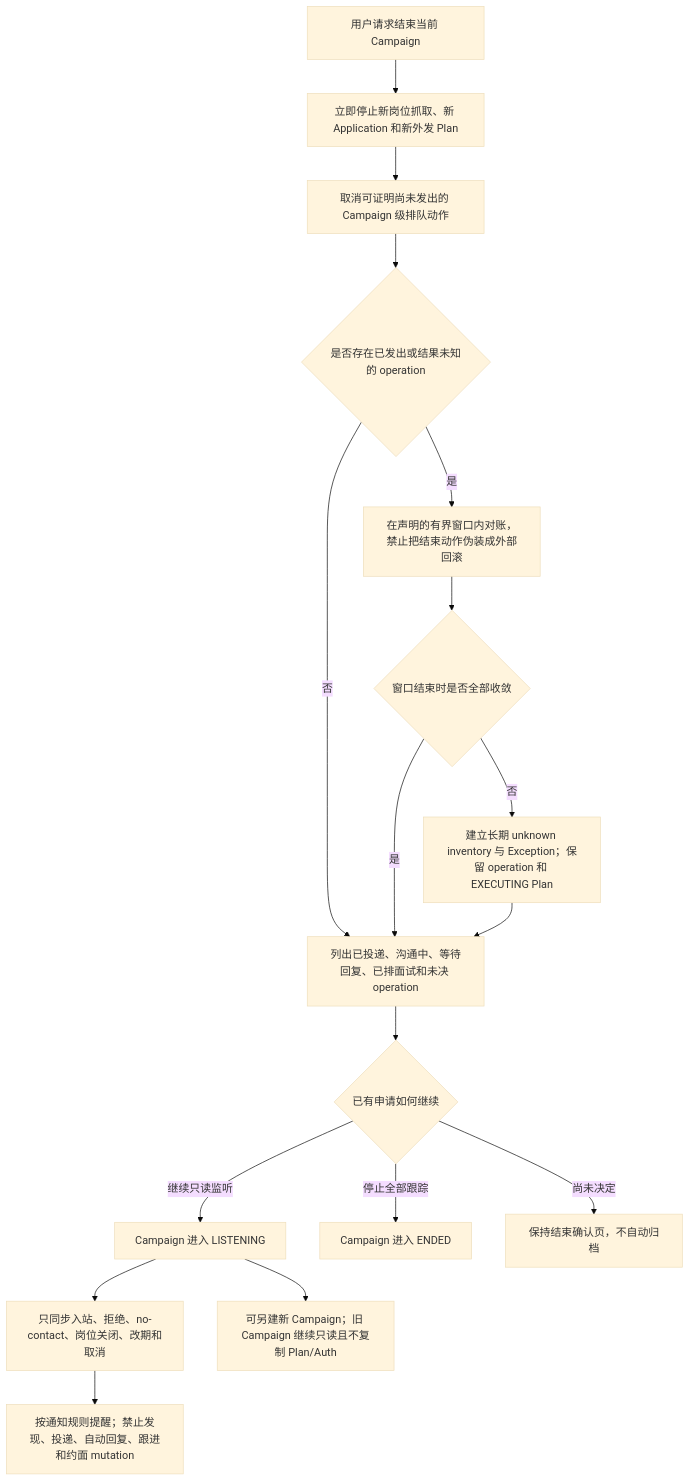
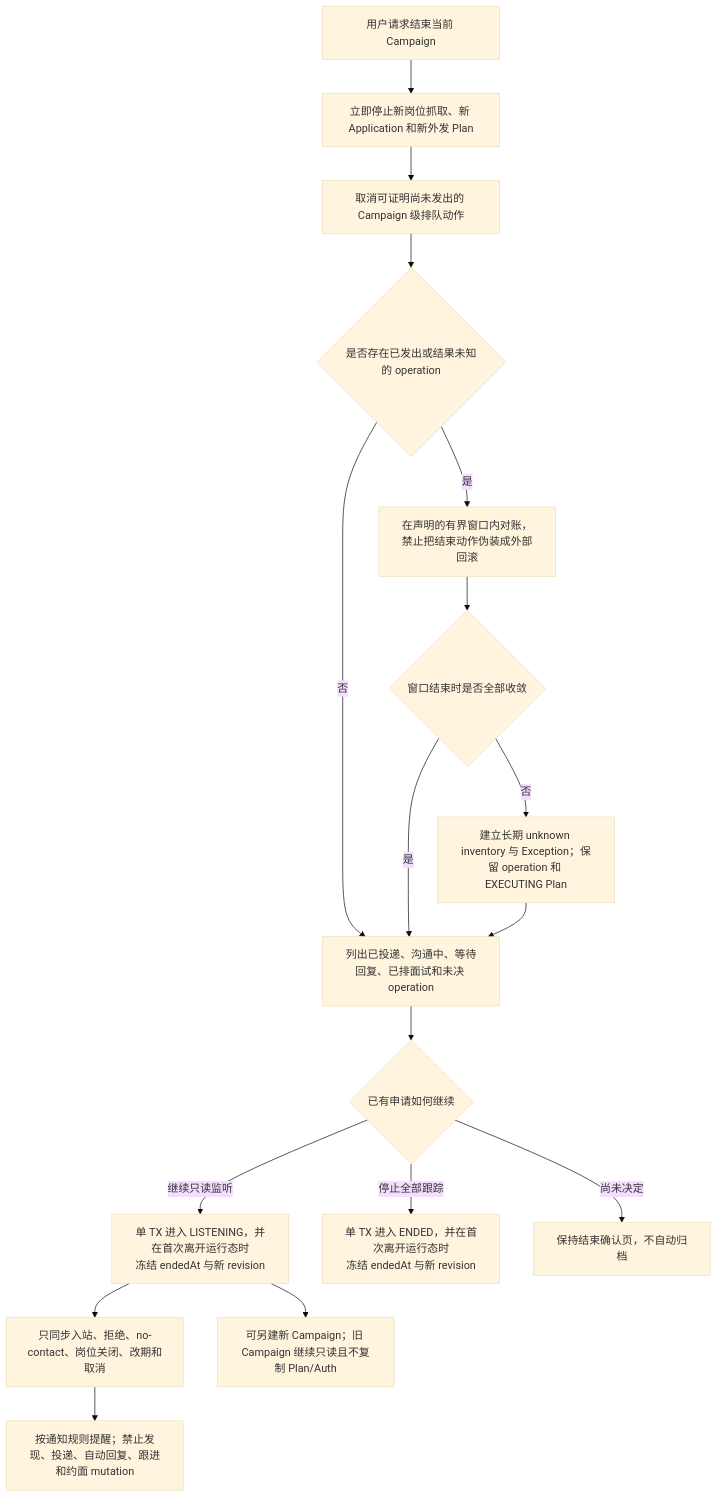
Diagram 14 of 21 in docs/product/uml/04-activity-flows.md (AnnCYW-cm/rolefox), drawn with Mermaid (base theme) before and after one commit. The commit also changed other lines of this file and 103 other files, not shown here.

````diff
--- a/docs/product/uml/04-activity-flows.md
+++ b/docs/product/uml/04-activity-flows.md
@@ -618,22 +751,22 @@
 ```mermaid
 flowchart TB
     %% @anchor CAMPAIGN_END
     %% @anchor READ_ONLY_MONITOR
     %% @anchor LONG_UNKNOWN_INVENTORY
     Request[用户请求结束当前 Campaign] --> Freeze[立即停止新岗位抓取、新 Application 和新外发 Plan]
     Freeze --> Queue[取消可证明尚未发出的 Campaign 级排队动作]
     Queue --> InFlight{是否存在已发出或结果未知的 operation}
     InFlight -->|是| Reconcile[在声明的有界窗口内对账，禁止把结束动作伪装成外部回滚]
     InFlight -->|否| Inventory
     Reconcile --> Settled{窗口结束时是否全部收敛}
     Settled -->|是| Inventory
     Settled -->|否| LongUnknown[建立长期 unknown inventory 与 Exception；保留 operation 和 EXECUTING Plan]
     LongUnknown --> Inventory[列出已投递、沟通中、等待回复、已排面试和未决 operation]
     Inventory --> Choice{已有申请如何继续}
-    Choice -->|继续只读监听| Monitoring[Campaign 进入 LISTENING]
+    Choice -->|继续只读监听| Monitoring[单 TX 进入 LISTENING，并在首次离开运行态时<br/>冻结 endedAt 与新 revision]
     Monitoring --> Observe[只同步入站、拒绝、no-contact、岗位关闭、改期和取消]
     Observe --> Notify[按通知规则提醒；禁止发现、投递、自动回复、跟进和约面 mutation]
     Monitoring --> NewCycle[可另建新 Campaign；旧 Campaign 继续只读且不复制 Plan/Auth]
-    Choice -->|停止全部跟踪| Ended[Campaign 进入 ENDED]
+    Choice -->|停止全部跟踪| Ended[单 TX 进入 ENDED，并在首次离开运行态时<br/>冻结 endedAt 与新 revision]
     Choice -->|尚未决定| Hold[保持结束确认页，不自动归档]
 ```
````
